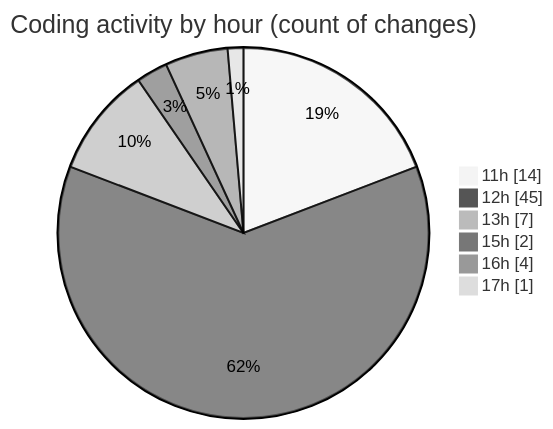
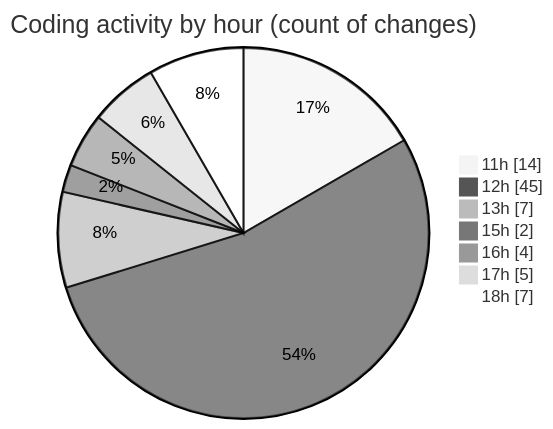
The second of 2 diagrams in 2026-08-24/nxtqube_webapp/README.md (nxtqubesakshisongat/code-tracking), drawn with Mermaid (neutral theme) before and after one commit. The commit also changed other lines of this file and 1 other file, not shown here.

````diff
--- a/2026-08-24/nxtqube_webapp/README.md
+++ b/2026-08-24/nxtqube_webapp/README.md
@@ -43,10 +54,11 @@
 ```mermaid
 pie showData
 title Coding activity by hour (count of changes)
 "11h" : 14
 "12h" : 45
 "13h" : 7
 "15h" : 2
 "16h" : 4
-"17h" : 1
+"17h" : 5
+"18h" : 7
 ```
````
